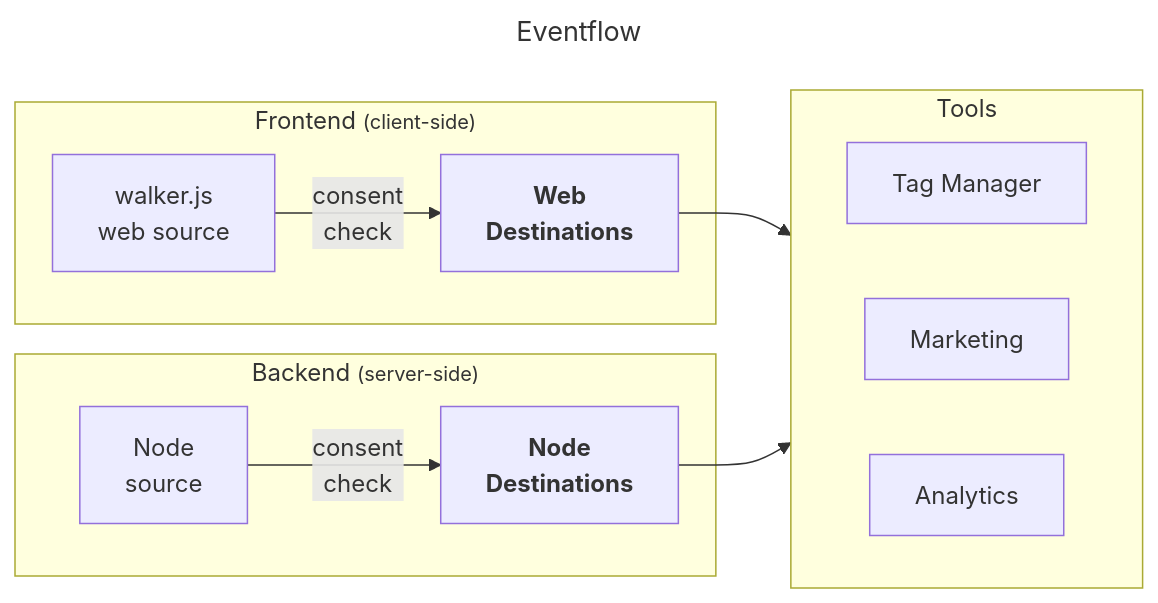
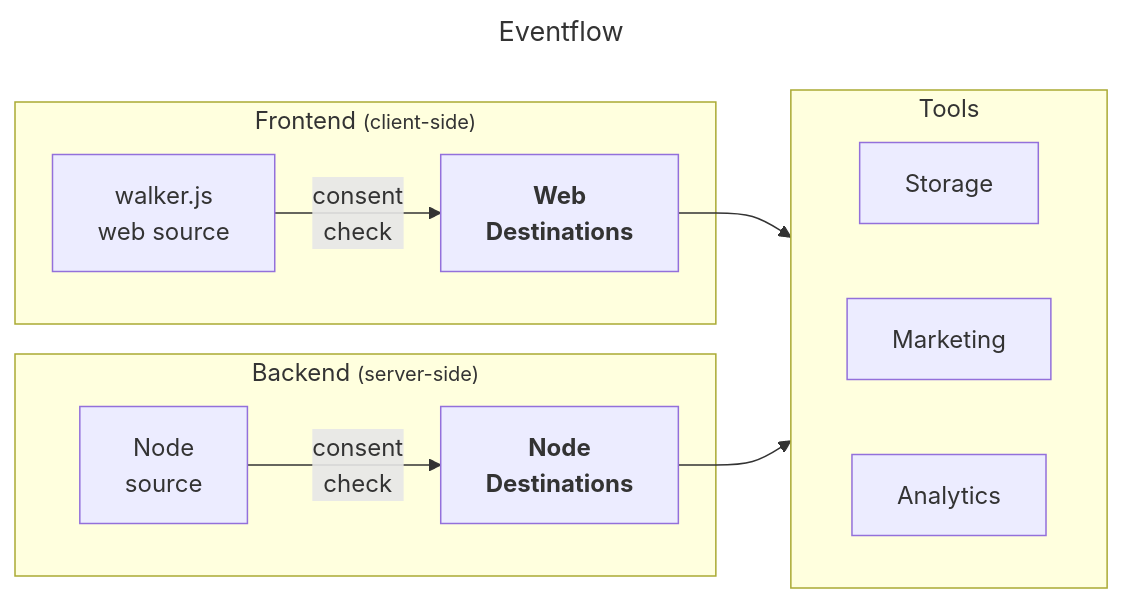
Before and after one commit to elbwalker/walkerOS: the diagram in website/docs/destinations/overview.mdx, drawn with Mermaid. The commit also changed other lines of this file and 19 other files, not shown here.

````diff
--- a/website/docs/destinations/overview.mdx
+++ b/website/docs/destinations/overview.mdx
@@ -37,28 +33,28 @@
 ```mermaid
 ---
 title: Eventflow
 ---
 flowchart LR
   subgraph frontend["Frontend <small>(client-side)</small>"]
     webC["walker.js<br>web source"]
     webD["<b>Web<br>Destinations</b>"]
     webC -- consent<br>check --> webD
   end
   subgraph backend["Backend <small>(server-side)</small>"]
     nodeC["Node<br>source"]
     nodeD["<b>Node<br>Destinations</b>"]
     nodeC -- consent<br>check --> nodeD
   end
   subgraph tools["Tools"]
     direction LR
-    tag["Tag Manager"]
+    storage["Storage"]
     marketing["Marketing"]
     analytics["Analytics"]
   end
 
   webD & nodeD --> tools
   click webC "/docs/sources/walkerjs/"
   click nodeC "/docs/sources/node/"
-  click webD "/docs/destinations/web/"
-  click nodeD "/docs/destinations/node/"
+  click webD "/docs/destinations/api/"
+  click nodeD "/docs/destinations/bigquery/"
 ```
````
